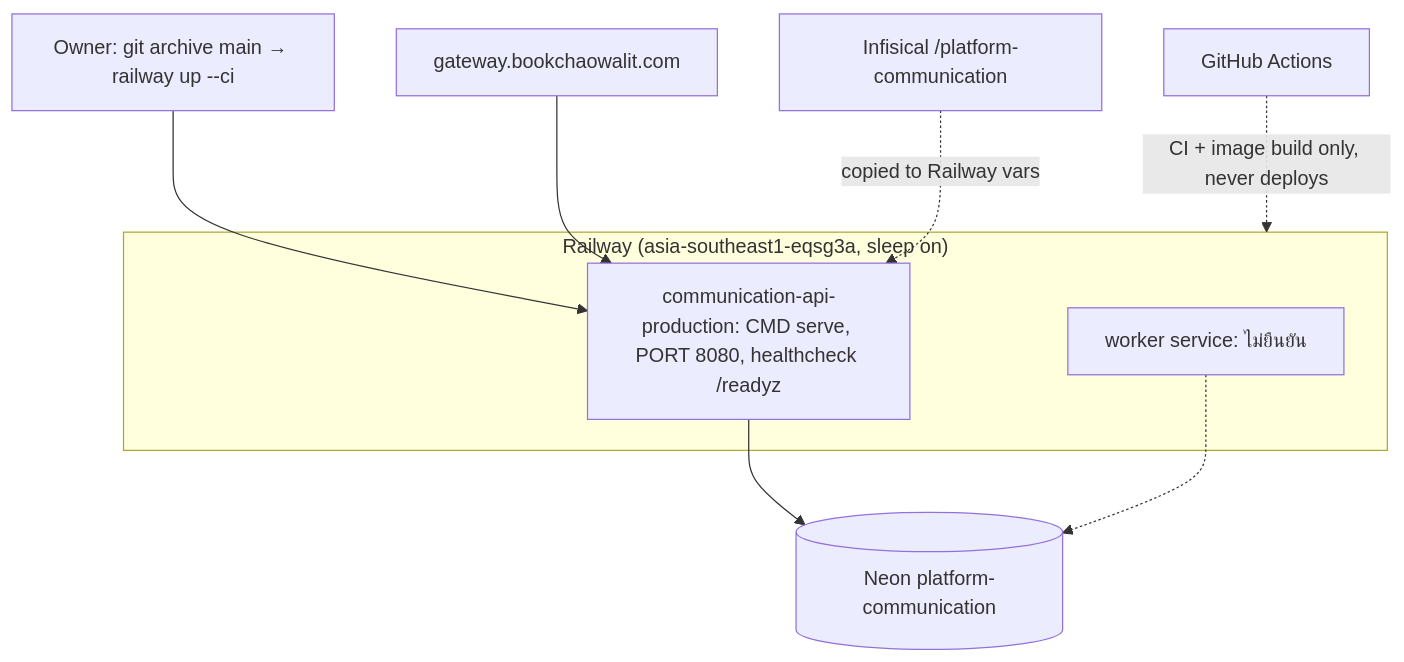
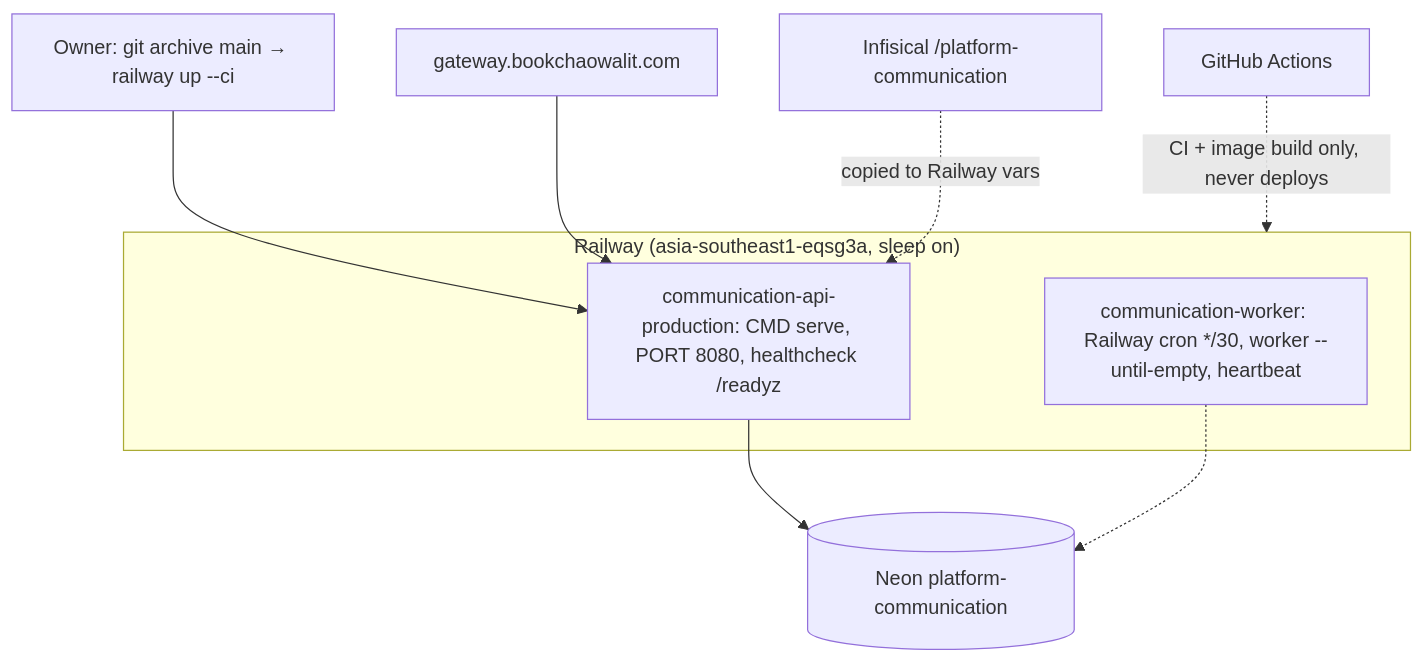
The second of 2 diagrams in DOCPACK/02-architecture.md (bookchaowalit-backend/platform-communication), drawn with Mermaid before and after one commit. The commit also changed other lines of this file and 8 other files, not shown here.

First line of the commit message:
feat(worker): post an uptime heartbeat from the cron worker; docs say hosted

````diff
--- a/DOCPACK/02-architecture.md
+++ b/DOCPACK/02-architecture.md
@@ -122,13 +122,13 @@
 ```mermaid
 flowchart TB
   OP["Owner: git archive main → railway up --ci"] --> SVC
   subgraph RW["Railway (asia-southeast1-eqsg3a, sleep on)"]
     SVC["communication-api-production: CMD serve, PORT 8080, healthcheck /readyz"]
-    WRK["worker service: ไม่ยืนยัน"]
+    WRK["communication-worker: Railway cron */30, worker --until-empty, heartbeat"]
   end
   GW["gateway.bookchaowalit.com"] --> SVC
   SVC --> DB[("Neon platform-communication")]
   WRK -.-> DB
   INF["Infisical /platform-communication"] -.->|"copied to Railway vars"| SVC
   GH["GitHub Actions"] -.->|"CI + image build only, never deploys"| RW
 ```
````
